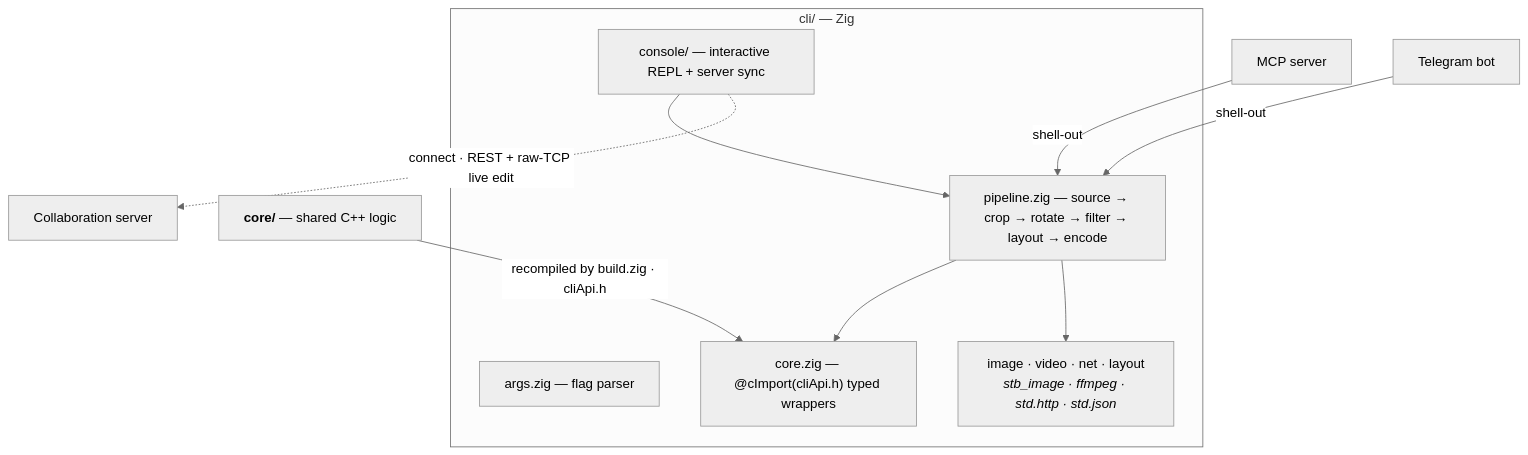
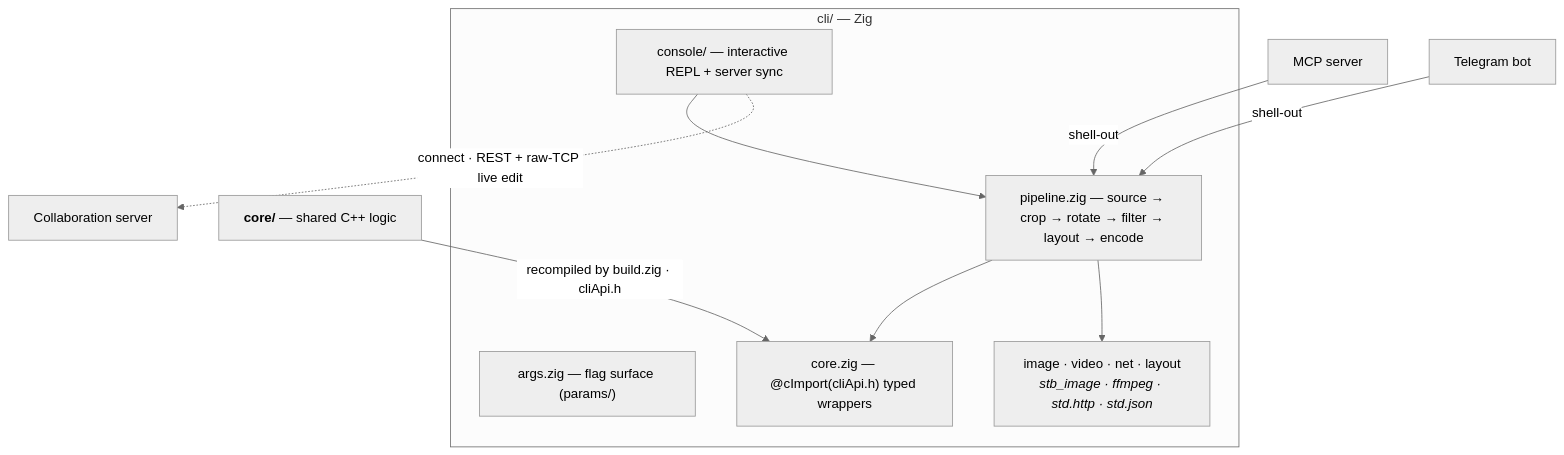
The diagram in cli/README.md (andrew1407/stencil), drawn with Mermaid (neutral theme) before and after one commit. The commit also changed other lines of this file and 27 other files, not shown here.

````diff
--- a/cli/README.md
+++ b/cli/README.md
@@ -16,22 +16,22 @@
 ```mermaid
 graph TD
     CORE["<b>core/</b> — shared C++ logic"]
     subgraph CLIP["cli/ — Zig"]
-      ARGS["args.zig — flag parser"]
+      ARGS["args.zig — flag surface (params/)"]
       PIPE["pipeline.zig — source → crop → rotate → filter → layout → encode"]
       COREZ["core.zig — @cImport(cliApi.h) typed wrappers"]
       IO["image · video · net · layout<br/><i>stb_image · ffmpeg · std.http · std.json</i>"]
       REPL["console/ — interactive REPL + server sync"]
     end
     SRV["Collaboration server"]
     MCP["MCP server"]
     BOT["Telegram bot"]
 
     CORE -->|"recompiled by build.zig · cliApi.h"| COREZ
     PIPE --> COREZ
     PIPE --> IO
     REPL --> PIPE
     REPL -.->|"connect · REST + raw-TCP live edit"| SRV
     MCP -->|"shell-out"| PIPE
     BOT -->|"shell-out"| PIPE
 ```
````
